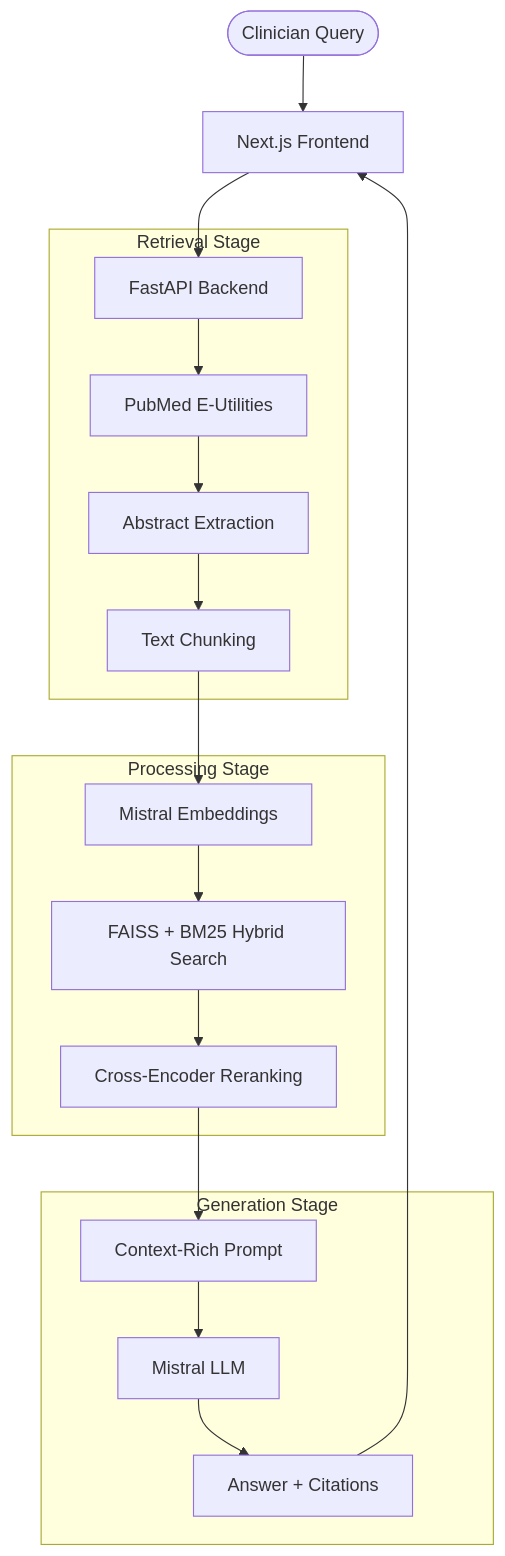
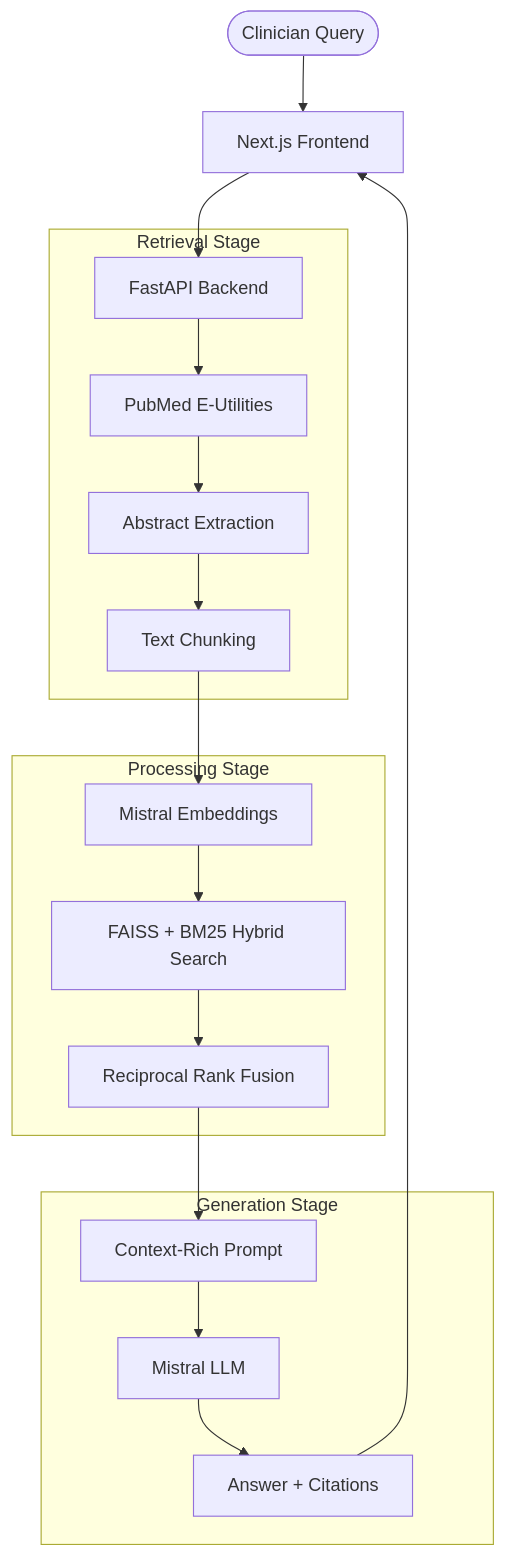
One commit to shashwat0010/medical-chatbot-rag changed the diagram in README.md. Above: the diagram before and after it, drawn with Mermaid. The commit also changed other lines of this file, not shown here.

Commit message:
Update README with live deployment link and architecture changes

````diff
--- a/README.md
+++ b/README.md
@@ -26,25 +28,25 @@
 ```mermaid
 flowchart TD
     User([Clinician Query]) --> UI[Next.js Frontend]
     UI --> API[FastAPI Backend]
     
     subgraph "Retrieval Stage"
         API --> PubMed[PubMed E-Utilities]
         PubMed --> Scraper[Abstract Extraction]
         Scraper --> Chunker[Text Chunking]
     end
     
     subgraph "Processing Stage"
         Chunker --> Embeddings[Mistral Embeddings]
         Embeddings --> Hybrid[FAISS + BM25 Hybrid Search]
-        Hybrid --> Reranker[Cross-Encoder Reranking]
+        Hybrid --> RRF[Reciprocal Rank Fusion]
     end
     
     subgraph "Generation Stage"
-        Reranker --> Prompt[Context-Rich Prompt]
+        RRF --> Prompt[Context-Rich Prompt]
         Prompt --> LLM[Mistral LLM]
         LLM --> Response[Answer + Citations]
     end
     
     Response --> UI
 ```
````
